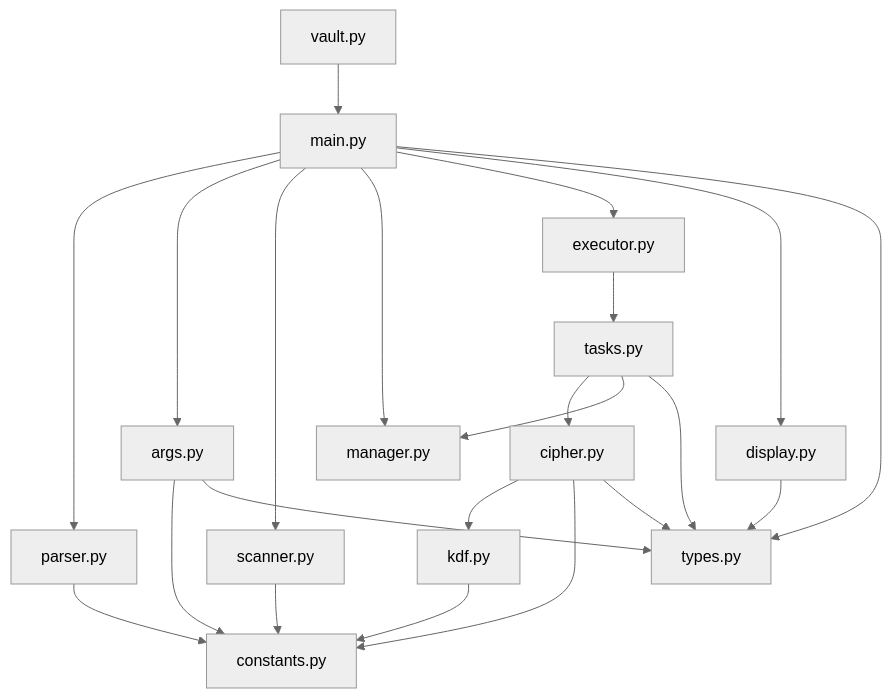
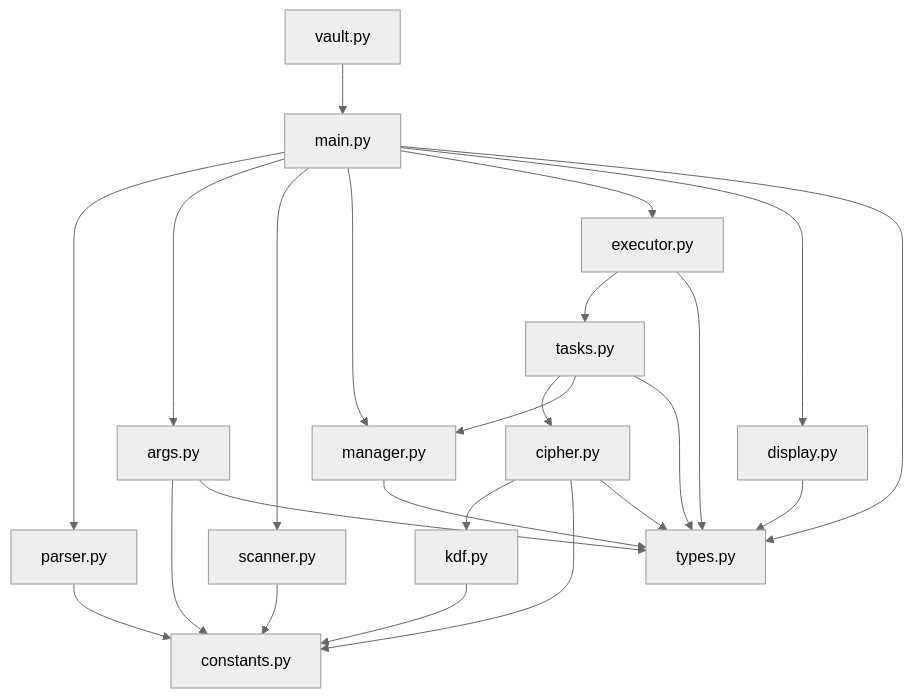
Before and after one commit to mateusmdev/VaultCrypt: the first of 5 diagrams in CLAUDE.md, drawn with Mermaid (neutral theme). The commit also changed other lines of this file and 1 other file, not shown here.

````diff
--- a/CLAUDE.md
+++ b/CLAUDE.md
@@ -1007,24 +1007,26 @@
 ```mermaid
 graph TD
     vault.py --> main.py
     main.py --> parser.py
     main.py --> args.py
     main.py --> scanner.py
     main.py --> manager.py
     main.py --> executor.py
     main.py --> display.py
     main.py --> types.py
     executor.py --> tasks.py
+    executor.py --> types.py
     tasks.py --> cipher.py
     tasks.py --> manager.py
     tasks.py --> types.py
     cipher.py --> kdf.py
     cipher.py --> constants.py
     cipher.py --> types.py
     kdf.py --> constants.py
     args.py --> constants.py
     args.py --> types.py
     scanner.py --> constants.py
     display.py --> types.py
     parser.py --> constants.py
+    manager.py --> types.py
 ```
````
